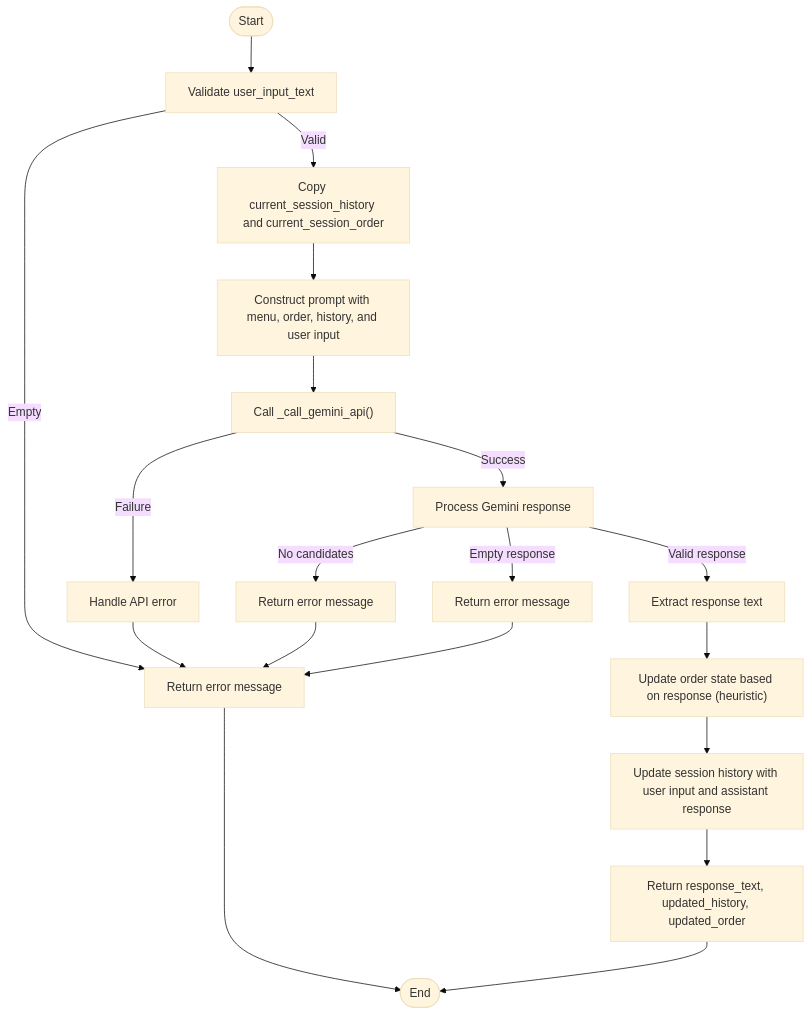
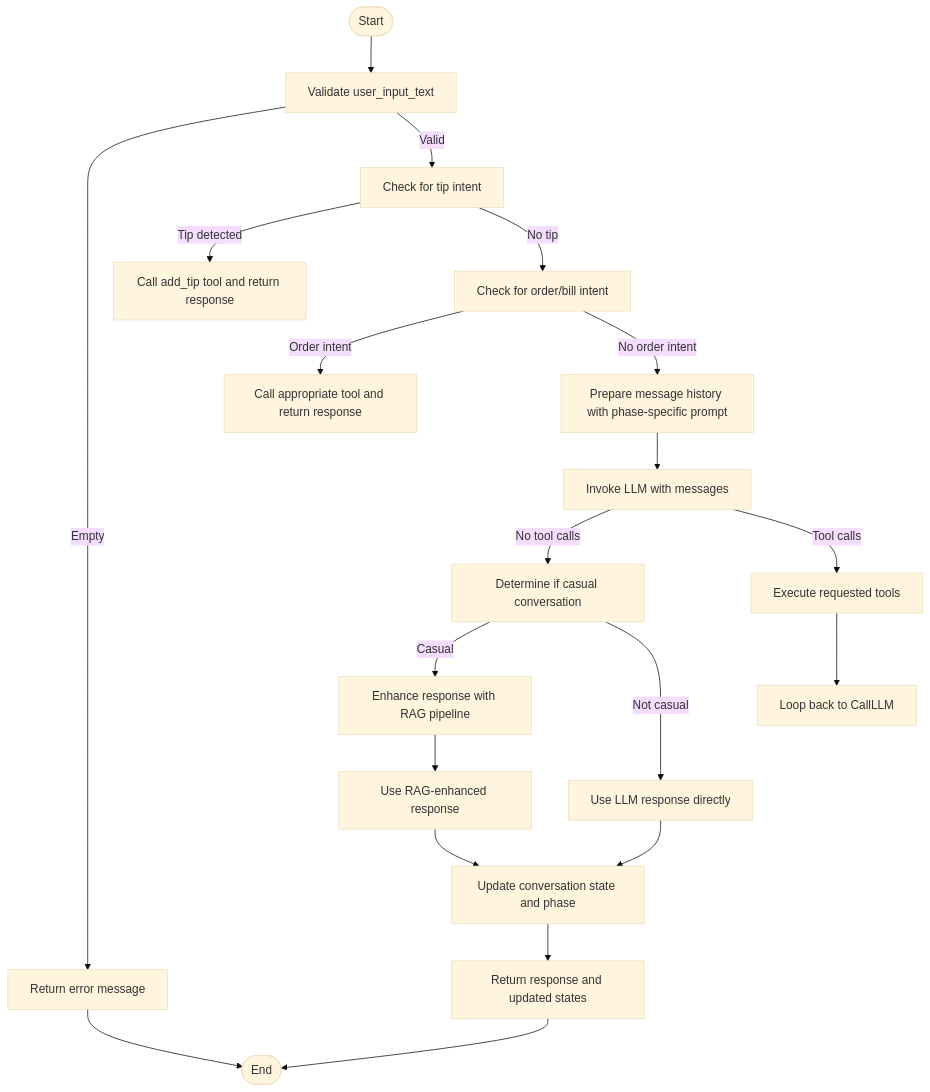
One commit to MOK-5-ha/MayaBartendingAgent changed the third of 7 diagrams in .qoder/repowiki/en/content/Core Components/bartending_agent.py - Core Business Logic.md. Above: the diagram before and after it, drawn with Mermaid (base theme). The commit also changed other lines of this file and 14 other files, not shown here.

````diff
--- a/.qoder/repowiki/en/content/Core Components/bartending_agent.py - Core Business Logic.md
+++ b/.qoder/repowiki/en/content/Core Components/bartending_agent.py - Core Business Logic.md
@@ -80,21 +82,22 @@
 ```mermaid
 flowchart TD
 Start([Start]) --> ValidateInput["Validate user_input_text"]
 ValidateInput --> |Empty| ReturnError["Return error message"]
-ValidateInput --> |Valid| CopyState["Copy current_session_history and current_session_order"]
-CopyState --> ConstructPrompt["Construct prompt with menu, order, history, and user input"]
-ConstructPrompt --> CallGemini["Call _call_gemini_api()"]
-CallGemini --> |Success| ProcessResponse["Process Gemini response"]
-CallGemini --> |Failure| HandleGeminiError["Handle API error"]
-ProcessResponse --> |No candidates| HandleNoCandidates["Return error message"]
-ProcessResponse --> |Empty response| HandleEmptyResponse["Return error message"]
-ProcessResponse --> |Valid response| ExtractText["Extract response text"]
-ExtractText --> UpdateOrder["Update order state based on response (heuristic)"]
-UpdateOrder --> UpdateHistory["Update session history with user input and assistant response"]
-UpdateHistory --> ReturnResult["Return response_text, updated_history, updated_order"]
-HandleGeminiError --> ReturnError
-HandleNoCandidates --> ReturnError
-HandleEmptyResponse --> ReturnError
+ValidateInput --> |Valid| CheckTipIntent["Check for tip intent"]
+CheckTipIntent --> |Tip detected| ProcessTip["Call add_tip tool and return response"]
+CheckTipIntent --> |No tip| CheckOrderIntent["Check for order/bill intent"]
+CheckOrderIntent --> |Order intent| ProcessOrderQuery["Call appropriate tool and return response"]
+CheckOrderIntent --> |No order intent| PrepareMessages["Prepare message history with phase-specific prompt"]
+PrepareMessages --> CallLLM["Invoke LLM with messages"]
+CallLLM --> |No tool calls| CheckCasual["Determine if casual conversation"]
+CheckCasual --> |Casual| EnhanceWithRAG["Enhance response with RAG pipeline"]
+CheckCasual --> |Not casual| UseLLMResponse["Use LLM response directly"]
+EnhanceWithRAG --> UseRAGResponse["Use RAG-enhanced response"]
+UseLLMResponse --> UpdateState["Update conversation state and phase"]
+UseRAGResponse --> UpdateState
+CallLLM --> |Tool calls| ExecuteTools["Execute requested tools"]
+ExecuteTools --> LoopBack["Loop back to CallLLM"]
+UpdateState --> ReturnResult["Return response and updated states"]
 ReturnError --> End([End])
 ReturnResult --> End
 ```
````
